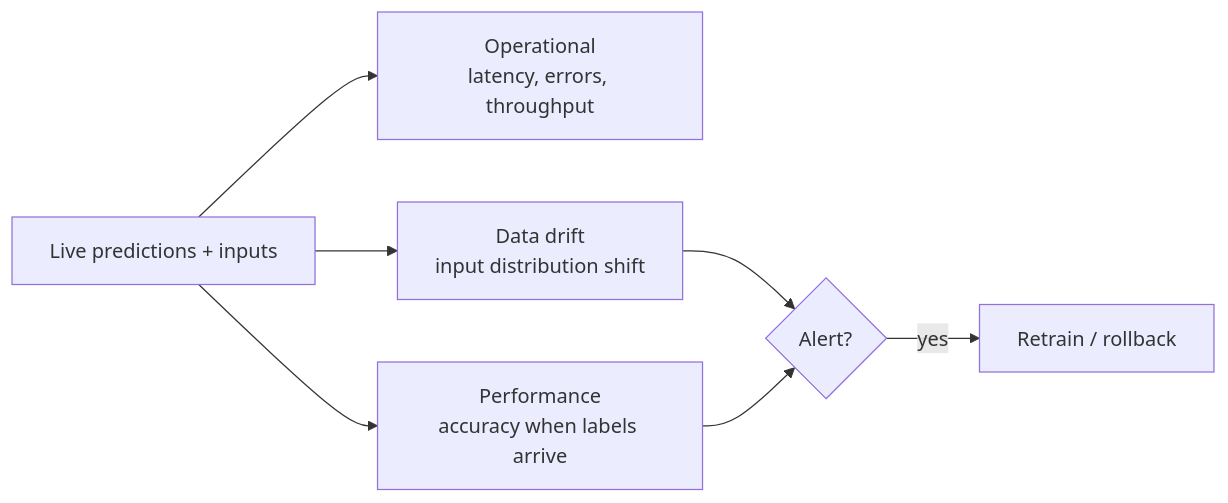
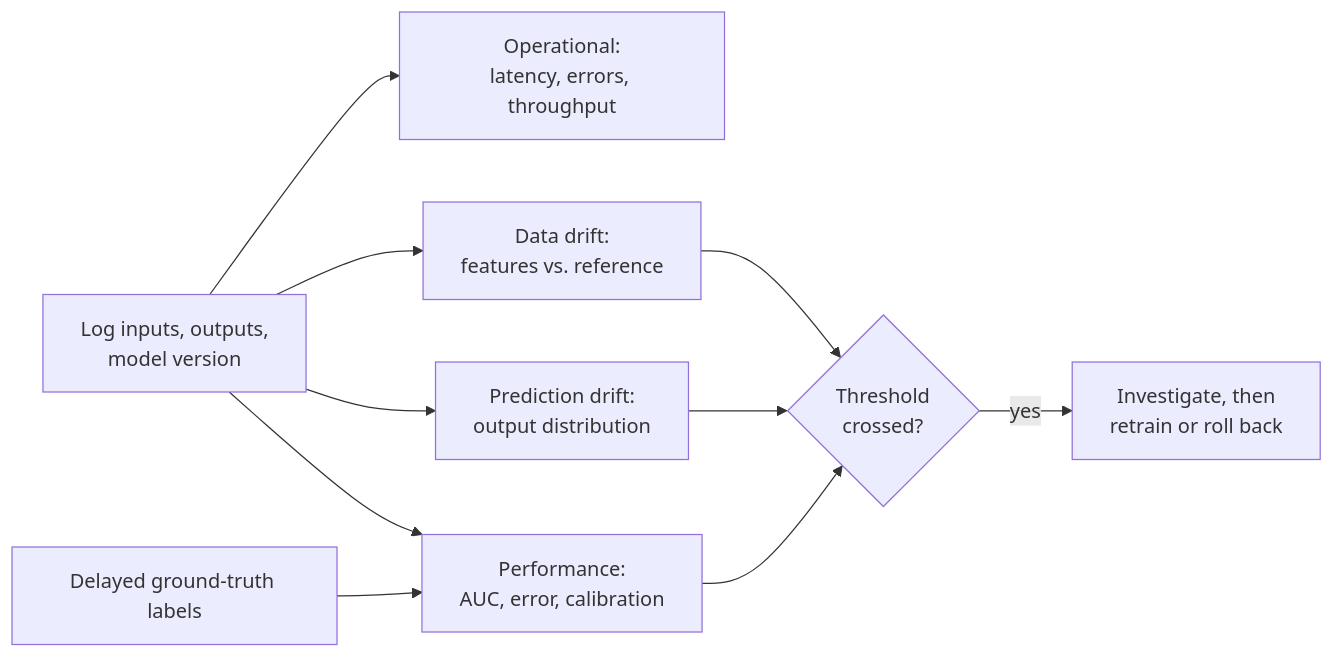
Before and after one commit to AndrewAltimit/Documentation: the sixth of 7 diagrams in github-pages/docs/ai-ml/mlops-production.md, drawn with Mermaid. The commit also changed other lines of this file and 240 other files, not shown here.

````diff
--- a/github-pages/docs/ai-ml/mlops-production.md
+++ b/github-pages/docs/ai-ml/mlops-production.md
@@ -368,9 +407,10 @@
 ```mermaid
 flowchart LR
-    Pred[Live predictions + inputs] --> Ops[Operational<br/>latency, errors, throughput]
-    Pred --> DD[Data drift<br/>input distribution shift]
-    Pred --> Perf[Performance<br/>accuracy when labels arrive]
-    DD --> Alert{Alert?}
-    Perf --> Alert
-    Alert -->|yes| Trigger[Retrain / rollback]
+    Log["Log inputs, outputs,<br/>model version"] --> Ops["Operational:<br/>latency, errors, throughput"]
+    Log --> DD["Data drift:<br/>features vs. reference"]
+    Log --> PD["Prediction drift:<br/>output distribution"]
+    Lab["Delayed ground-truth labels"] --> Perf["Performance:<br/>AUC, error, calibration"]
+    Log --> Perf
+    DD & PD & Perf --> Alert{"Threshold<br/>crossed?"}
+    Alert -->|"yes"| Act["Investigate, then<br/>retrain or roll back"]
 ```
````
